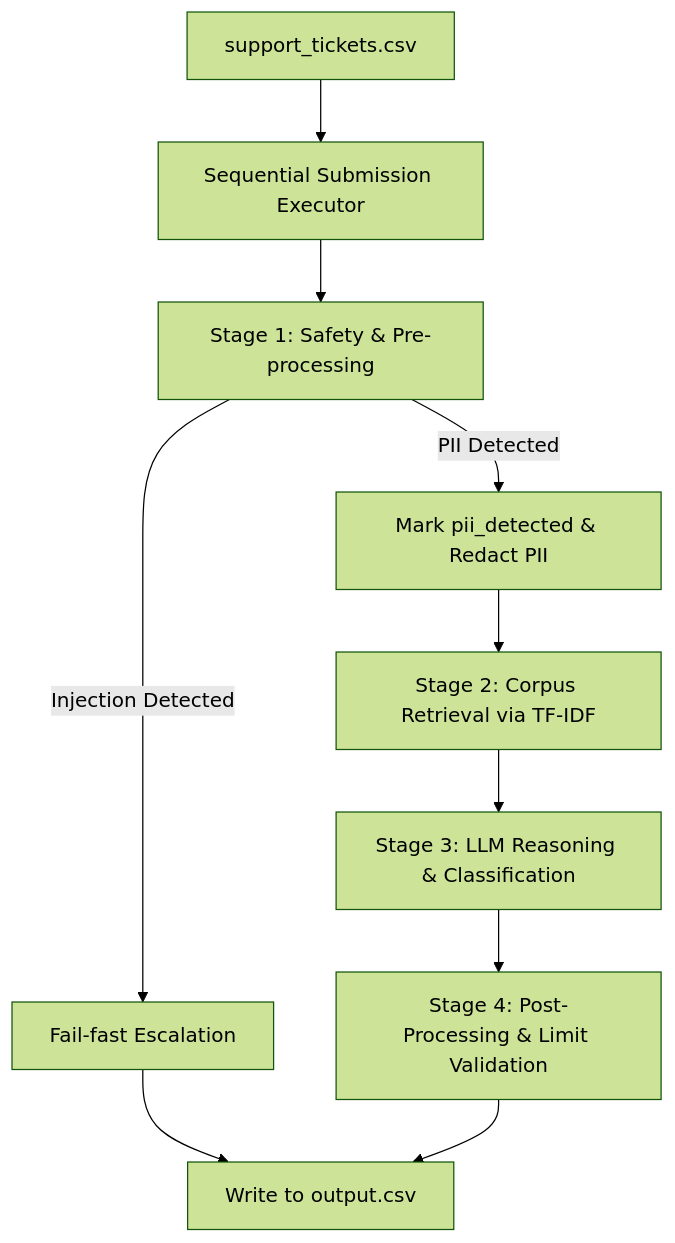
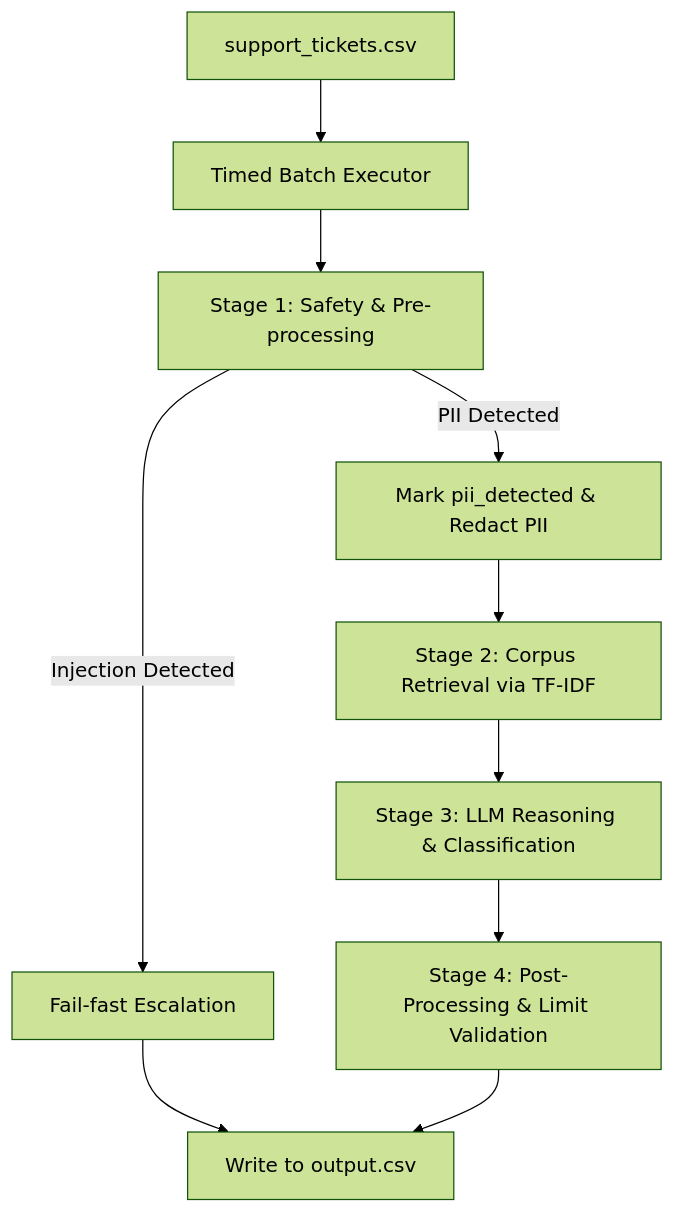
The diagram in code/ARCHITECTURE.md (iamsankeerth/MLE-Assignment), drawn with Mermaid (forest theme) before and after one commit. The commit also changed other lines of this file and 6 other files, not shown here.

````diff
--- a/code/ARCHITECTURE.md
+++ b/code/ARCHITECTURE.md
@@ -9,12 +9,12 @@
 ```mermaid
 graph TD
-    A[support_tickets.csv] --> B[Sequential Submission Executor]
+    A[support_tickets.csv] --> B[Timed Batch Executor]
     B --> C[Stage 1: Safety & Pre-processing]
     C -->|PII Detected| C1[Mark pii_detected & Redact PII]
     C -->|Injection Detected| C2[Fail-fast Escalation]
     C1 --> D[Stage 2: Corpus Retrieval via TF-IDF]
     C2 --> Z[Write to output.csv]
     D --> E[Stage 3: LLM Reasoning & Classification]
     E --> F[Stage 4: Post-Processing & Limit Validation]
     F --> Z
 ```
````
